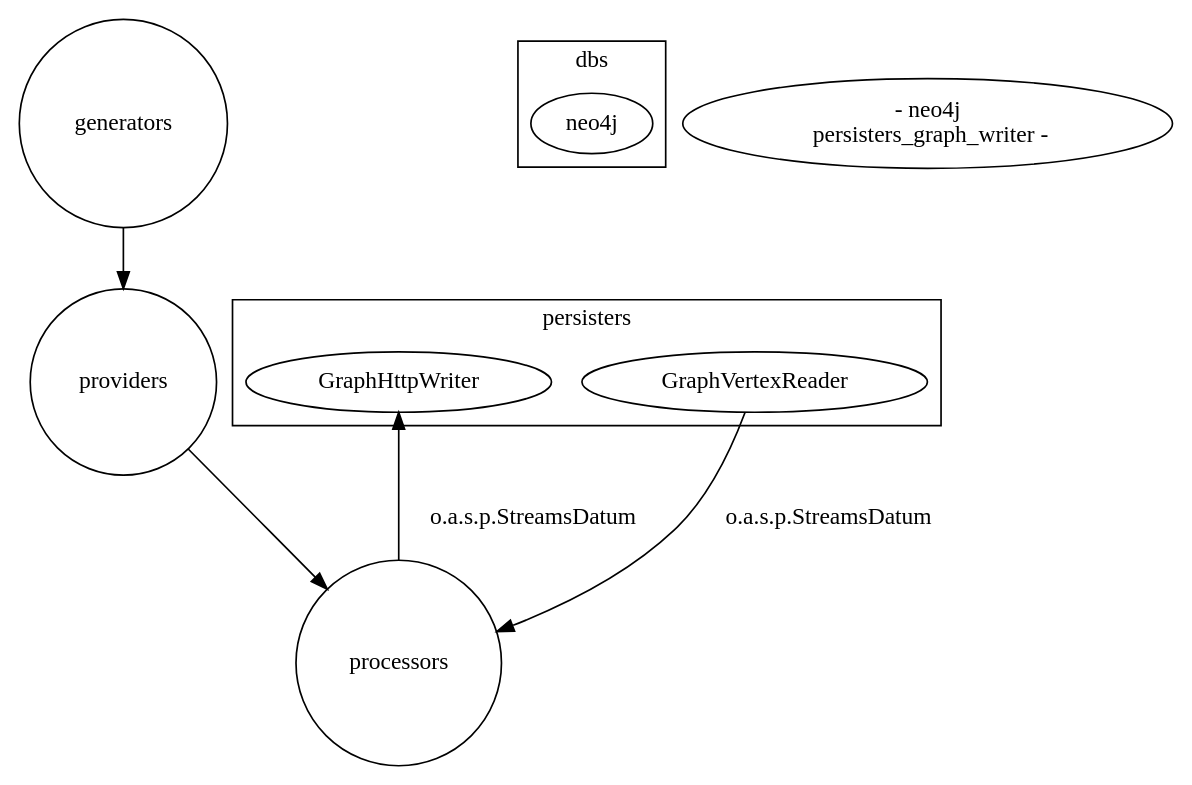
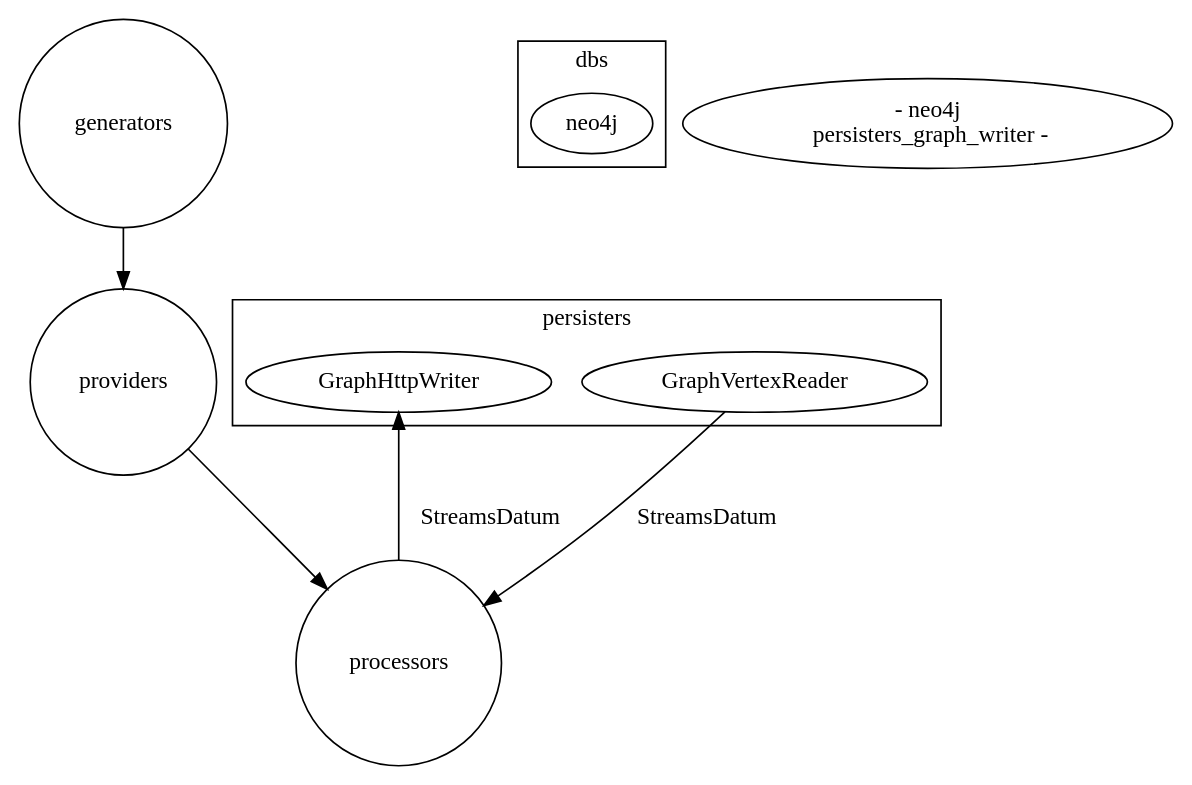
One commit to apache/streams changed the diagram in streams-contrib/streams-persist-graph/src/main/resources/components.dot. Above: the diagram before and after it, drawn with Graphviz. The commit also changed 16 other files, not shown here.

Commit message:
add diagrams and improve index.html

```diff
--- a/streams-contrib/streams-persist-graph/src/main/resources/components.dot
+++ b/streams-contrib/streams-persist-graph/src/main/resources/components.dot
@@ -1,32 +1,32 @@
 digraph g {
 
   graph [compound = true];
 
   //presentation
   splines = true;
   overlap = false;
   rankdir = TB;
 
   generators [label="generators", shape="circle"];
   providers [label="providers", shape="circle"];
   processors [label="processors", shape="circle"];
 
   subgraph cluster_persisters {
     label="persisters";
     persisters_graph_reader [label="GraphVertexReader"]
     persisters_graph_writer [label="GraphHttpWriter"]
   }
 
   subgraph cluster_dbs {
     label="dbs";
     neo4j [label="neo4j"]
   }
 
   generators -> providers
   providers -> processors
-  processors -> persisters_graph_writer [label="o.a.s.p.StreamsDatum"]
-  persisters_graph_reader -> processors [label="o.a.s.p.StreamsDatum"]
+  processors -> persisters_graph_writer [label="StreamsDatum"]
+  persisters_graph_reader -> processors [label="StreamsDatum"]
   persisters_graph_reader <- neo4j
   persisters_graph_writer -> neo4j
 
 }
```
